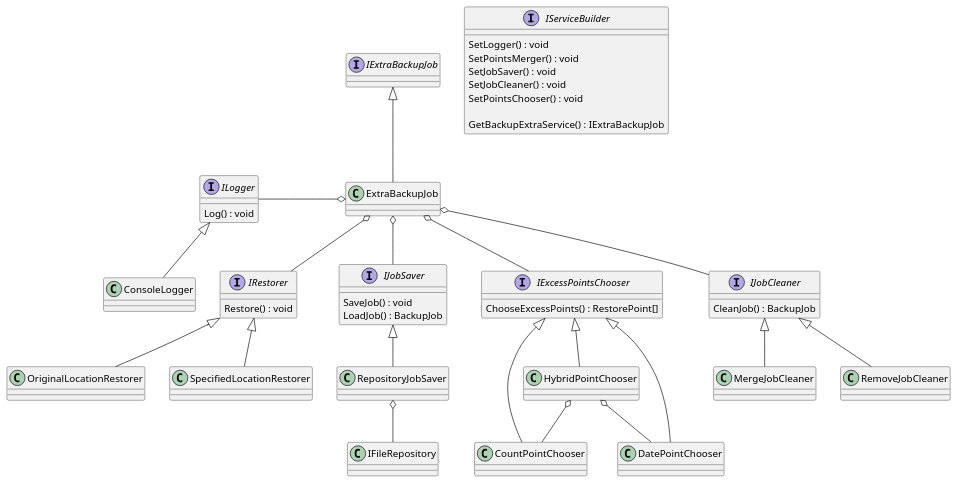
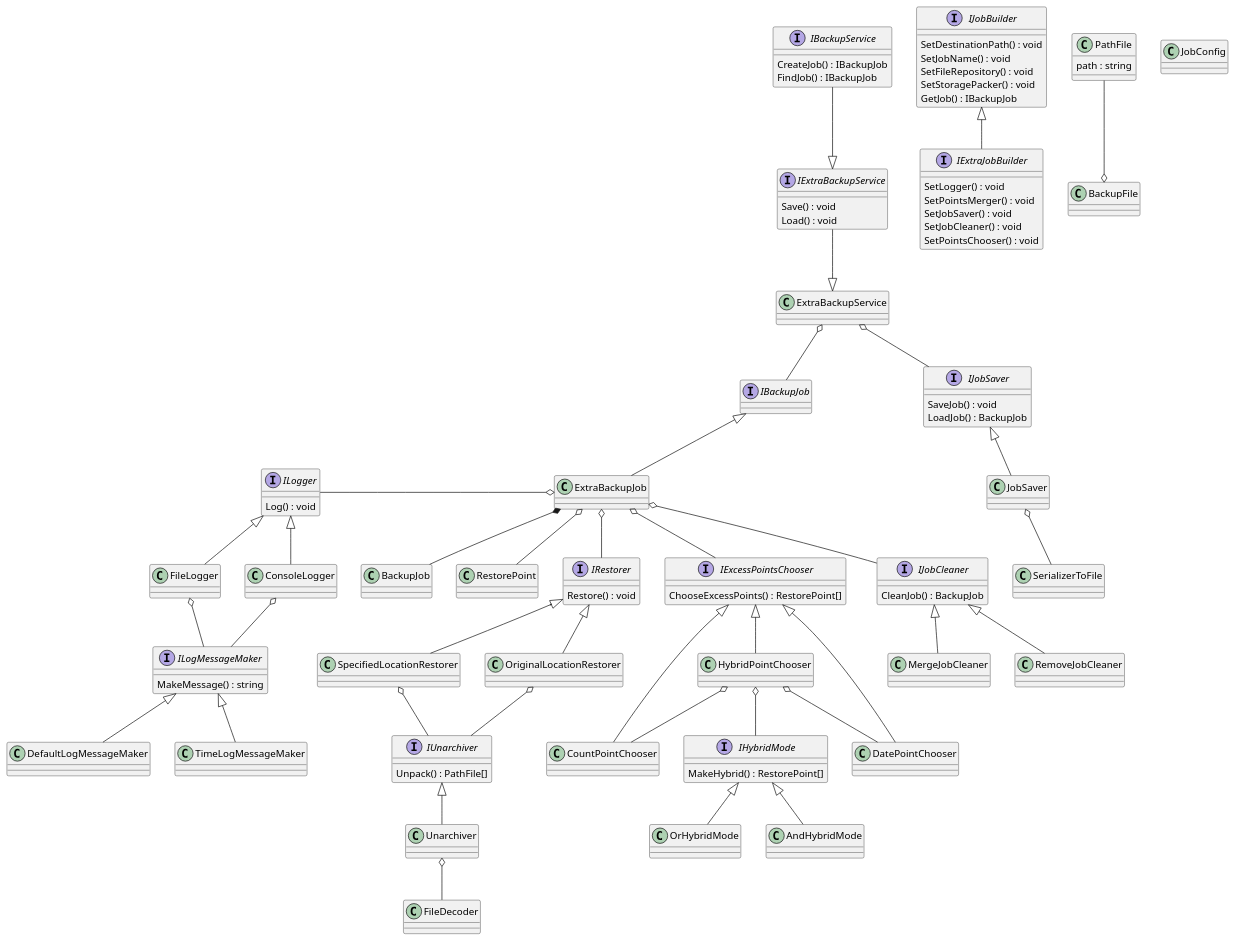
The diagram in BackupsExtra/Docs/BusinessLogic.puml (is-oop-y24/OOP-Labs), drawn with PlantUML before and after one commit. The commit also changed 2 other files, not shown here.

```diff
--- a/BackupsExtra/Docs/BusinessLogic.puml
+++ b/BackupsExtra/Docs/BusinessLogic.puml
@@ -1,59 +1,117 @@
 @startuml
 interface IJobSaver {
     SaveJob() : void
     LoadJob() : BackupJob
 }
 
 interface IRestorer {
     Restore() : void
 }
 
 interface IExcessPointsChooser {
     ChooseExcessPoints() : RestorePoint[]
 }
 
 interface IJobCleaner {
     CleanJob() : BackupJob
 }
 
 interface ILogger {
     Log() : void
 }
 
-interface IServiceBuilder {
+interface ILogMessageMaker {
+    MakeMessage() : string
+}
+
+interface IJobBuilder {
+    SetDestinationPath() : void
+    SetJobName() : void
+    SetFileRepository() : void
+    SetStoragePacker() : void
+    GetJob() : IBackupJob
+}
+
+interface IExtraJobBuilder {
     SetLogger() : void
     SetPointsMerger() : void
     SetJobSaver() : void
     SetJobCleaner() : void
     SetPointsChooser() : void
-
-    GetBackupExtraService() : IExtraBackupJob
 }
 
-interface IExtraBackupJob { }
+interface IBackupJob { }
 
-RepositoryJobSaver -u-|> IJobSaver
-RepositoryJobSaver o-- IFileRepository
+interface IExtraBackupService {
+    Save() : void
+    Load() : void
+}
+
+interface IBackupService {
+    CreateJob() : IBackupJob
+    FindJob() : IBackupJob
+}
+
+interface IHybridMode {
+    MakeHybrid() : RestorePoint[]
+}
+
+interface IUnarchiver {
+    Unpack() : PathFile[]
+}
+
+class PathFile {
+    path : string
+}
+
+class JobConfig {}
+
+IExtraBackupService <|-u- IBackupService
+ExtraBackupService <|-u- IExtraBackupService
+ExtraBackupService o-d- IJobSaver
+
+ExtraBackupService o-- IBackupJob
+
+JobSaver -u-|> IJobSaver
+JobSaver o-- SerializerToFile
 
 OriginalLocationRestorer -u-|> IRestorer
 SpecifiedLocationRestorer -u-|> IRestorer
+IUnarchiver -u-o OriginalLocationRestorer
+IUnarchiver -u-o SpecifiedLocationRestorer
 
 IExcessPointsChooser <|- CountPointChooser
 IExcessPointsChooser <|- DatePointChooser
 IExcessPointsChooser <|-- HybridPointChooser
 
 HybridPointChooser o-- CountPointChooser
 HybridPointChooser o-- DatePointChooser
+HybridPointChooser o-- IHybridMode
+
+AndHybridMode -u-|> IHybridMode
+OrHybridMode -u-|> IHybridMode
 
 IJobCleaner <|-- MergeJobCleaner
 IJobCleaner <|-- RemoveJobCleaner
 
 ConsoleLogger -u-|> ILogger
+FileLogger -u-|> ILogger
+ILogMessageMaker -u-o ConsoleLogger
+ILogMessageMaker -u-o FileLogger
+DefaultLogMessageMaker -u-|> ILogMessageMaker
+TimeLogMessageMaker -u-|> ILogMessageMaker
 
-ExtraBackupJob -u-|> IExtraBackupJob
+IExtraJobBuilder -u-|> IJobBuilder
+
+Unarchiver -u-|> IUnarchiver
+Unarchiver o-- FileDecoder
+PathFile --o BackupFile
+
+ExtraBackupJob -u-|> IBackupJob
+ExtraBackupJob *-- BackupJob
+ExtraBackupJob o-- RestorePoint
 ExtraBackupJob o-- IRestorer
-ExtraBackupJob o-- IJobSaver
 ExtraBackupJob o-- IExcessPointsChooser
 ExtraBackupJob o-- IJobCleaner
 ExtraBackupJob o-l- ILogger
 @enduml
```
